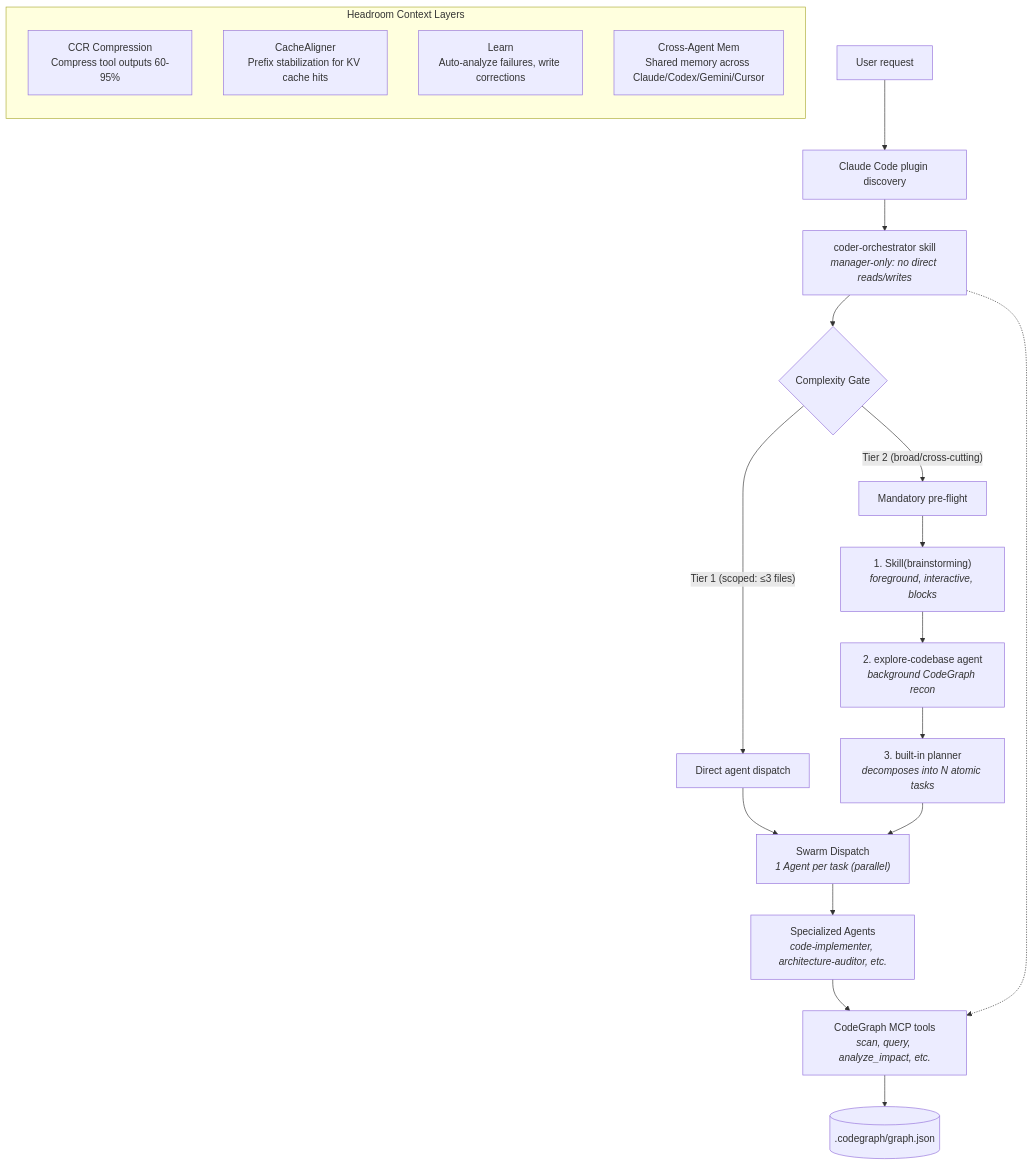
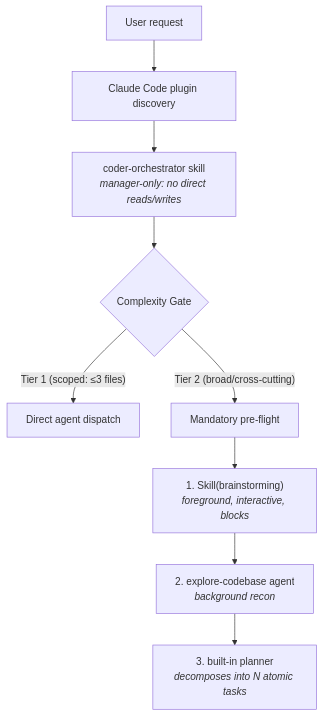
Before and after one commit to MythEclipse/coder-workflow: the diagram in README.md, drawn with Mermaid. The commit also changed other lines of this file and 3 other files, not shown here.

````diff
--- a/README.md
+++ b/README.md
@@ -27,32 +24,14 @@
 ```mermaid
 graph TD
     User["User request"] --> Plugin["Claude Code plugin discovery"]
     Plugin --> Orch["coder-orchestrator skill<br/><i>manager-only: no direct reads/writes</i>"]
     
     Orch --> Gate{"Complexity Gate"}
     
     Gate -->|"Tier 1 (scoped: ≤3 files)"| DirectDispatch["Direct agent dispatch"]
     Gate -->|"Tier 2 (broad/cross-cutting)"| Preflight["Mandatory pre-flight"]
     
     Preflight --> Step1["1. Skill(brainstorming)<br/><i>foreground, interactive, blocks</i>"]
-    Step1 --> Step2["2. explore-codebase agent<br/><i>background CodeGraph recon</i>"]
+    Step1 --> Step2["2. explore-codebase agent<br/><i>background recon</i>"]
     Step2 --> Step3["3. built-in planner<br/><i>decomposes into N atomic tasks</i>"]
-    
-    DirectDispatch --> Swarm["Swarm Dispatch<br/><i>1 Agent per task (parallel)</i>"]
-    Step3 --> Swarm
-    
-    Swarm --> Agents["Specialized Agents<br/><i>code-implementer, architecture-auditor, etc.</i>"]
-    
-    Agents --> MCP["CodeGraph MCP tools<br/><i>scan, query, analyze_impact, etc.</i>"]
-    Orch -.-> MCP
-    
-    MCP --> FILE[(".codegraph/graph.json")]
-
-    subgraph Headroom ["Headroom Context Layers"]
-        direction TB
-        CCR["CCR Compression<br/>Compress tool outputs 60-95%"]
-        Cache["CacheAligner<br/>Prefix stabilization for KV cache hits"]
-        Learn["Learn<br/>Auto-analyze failures, write corrections"]
-        Mem["Cross-Agent Mem<br/>Shared memory across Claude/Codex/Gemini/Cursor"]
-    end
 ```
````
